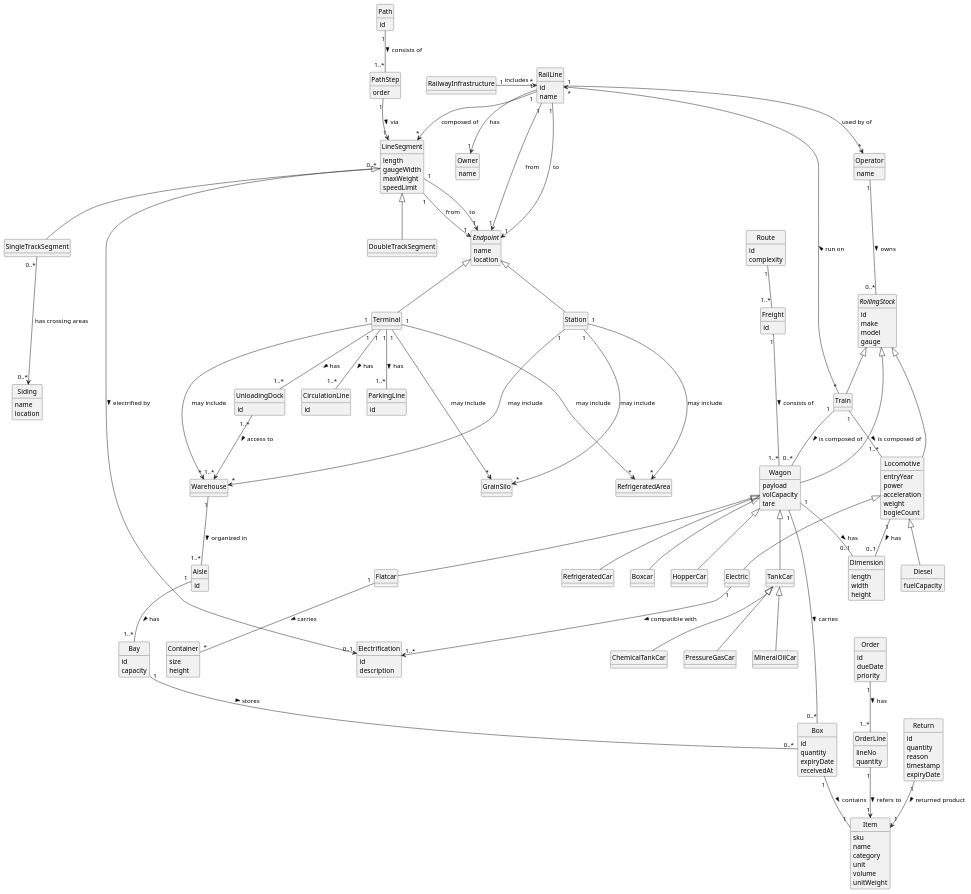
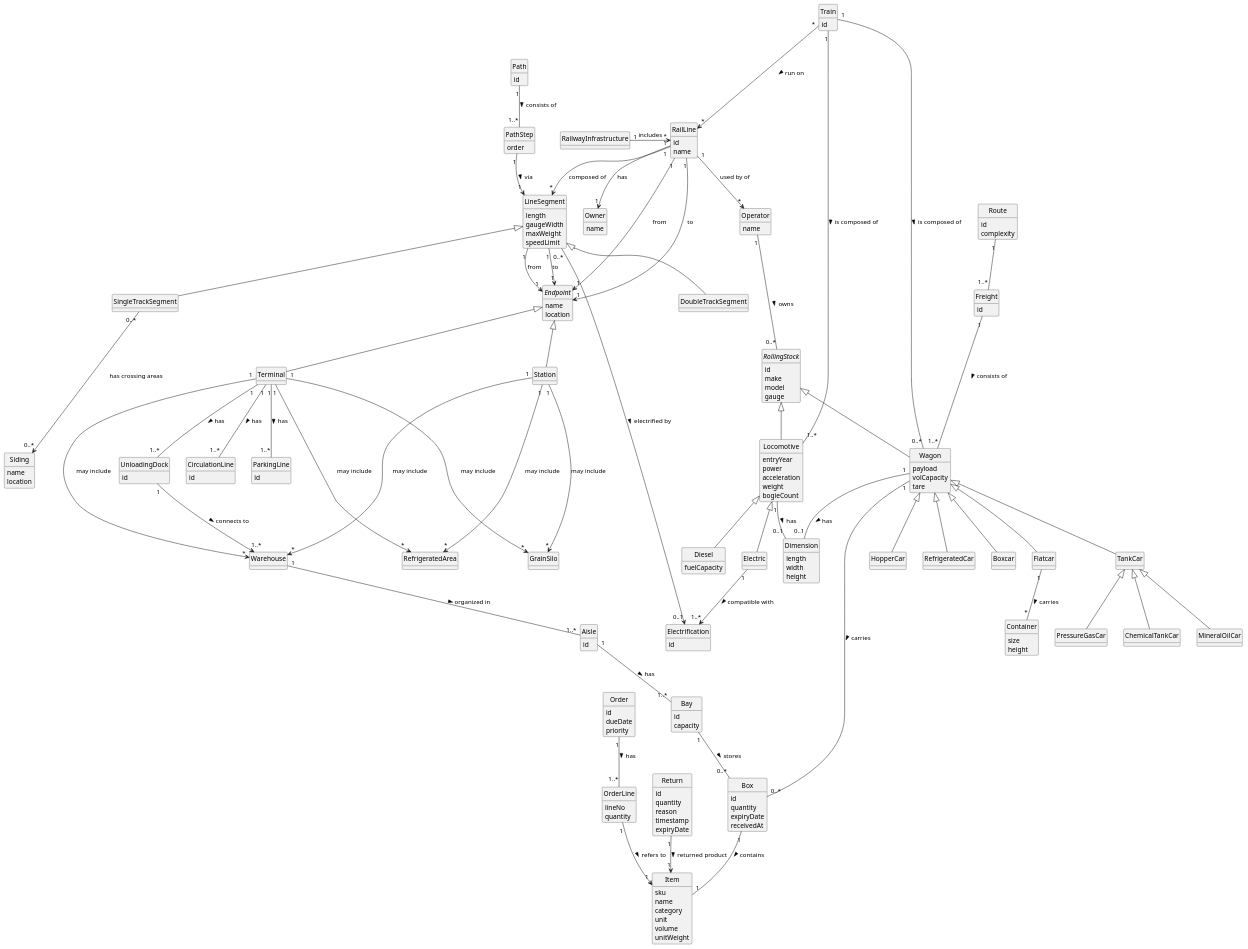
One commit to bruno-monteiro5/sem3-pi-25.26-g164-repository changed the diagram in docs/system-documentation/global-artifacts/DM/puml/DM.puml. Above: the diagram before and after it, drawn with PlantUML.

Commit message:
USLP01(Docs)- domain model updated with some more details with train concept changed and fixed in the way that is asked in the project and remove atribute from eletrified[#25]

```diff
--- a/docs/system-documentation/global-artifacts/DM/puml/DM.puml
+++ b/docs/system-documentation/global-artifacts/DM/puml/DM.puml
@@ -24,7 +24,6 @@
 
 class Electrification {
     id
-    description
 }
 
 class SingleTrackSegment extends LineSegment {
@@ -93,7 +92,8 @@
     tare
 }
 
-class Train extends RollingStock {
+class Train {
+  id
 }
 
 class Boxcar extends Wagon {
@@ -233,7 +233,7 @@
 Aisle     "1" -- "1..*" Bay : has >
 Bay "1" -- "0..*" Box : stores >
 Wagon "1" -- "0..*" Box : carries >
-UnloadingDock "1..*" --> "1..*" Warehouse : access to >
+UnloadingDock "1" --> "1..*" Warehouse : connects to >
 Box "1" -- "1" Item : contains >
 Order "1" -- "1..*" OrderLine : has >
 OrderLine "1" --> "1" Item : refers to >
@@ -241,4 +241,5 @@
 LineSegment "0..*" --> "0..1" Electrification : electrified by >
 Electric     "1"    --> "1..*" Electrification : compatible with >
 
+
 @enduml
```
